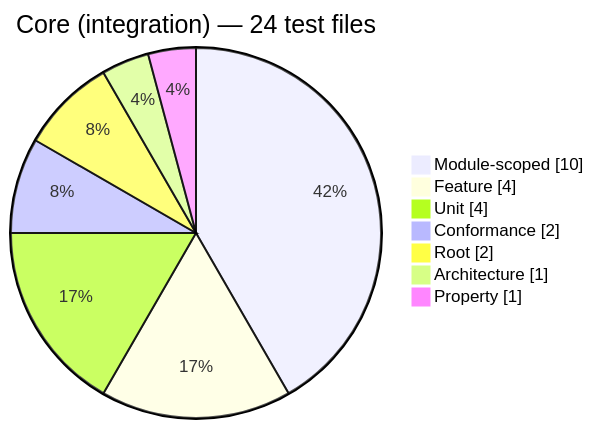
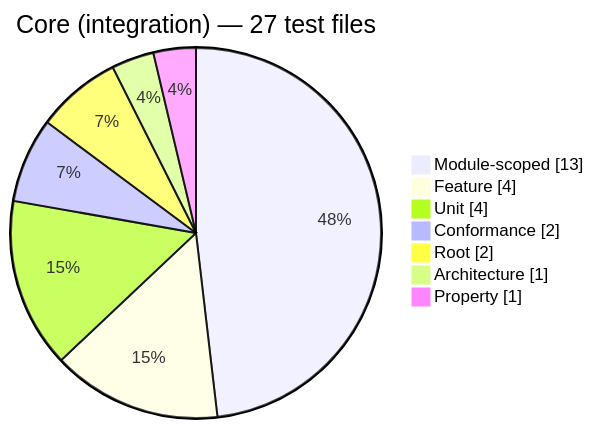
Diagram 11 of 12 in docs/generated/test-composition.md (Mohammed-Alama/php-arazzo), drawn with Mermaid before and after one commit. The commit also changed other lines of this file and 13 other files, not shown here.

````diff
--- a/docs/generated/test-composition.md
+++ b/docs/generated/test-composition.md
@@ -150,11 +150,11 @@
 ```mermaid
 pie showData
-    title Core (integration) — 24 test files
-    "Module-scoped": 10
+    title Core (integration) — 27 test files
+    "Module-scoped": 13
     "Feature": 4
     "Unit": 4
     "Conformance": 2
     "Root": 2
     "Architecture": 1
     "Property": 1
 ```
````
